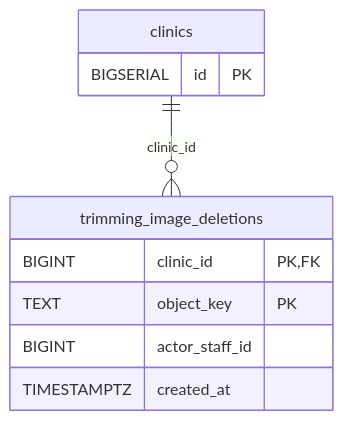
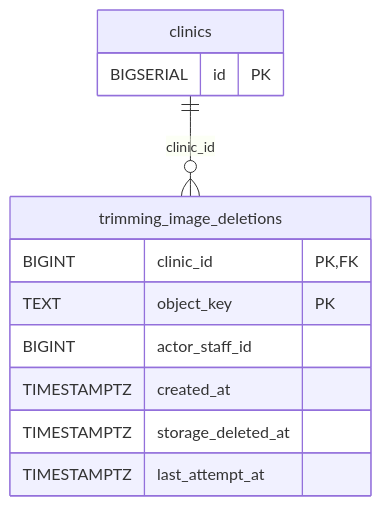
One commit to MinoruSoga/AnimalEkarte changed the diagram in docs/architecture/erd-detail/trimming_image_deletions.md. Above: the diagram before and after it, drawn with Mermaid. The commit also changed other lines of this file and 17 other files, not shown here.

````diff
--- a/docs/architecture/erd-detail/trimming_image_deletions.md
+++ b/docs/architecture/erd-detail/trimming_image_deletions.md
@@ -27,13 +29,15 @@
 ```mermaid
 erDiagram
     trimming_image_deletions {
         BIGINT clinic_id PK,FK
         TEXT object_key PK
         BIGINT actor_staff_id
         TIMESTAMPTZ created_at
+        TIMESTAMPTZ storage_deleted_at
+        TIMESTAMPTZ last_attempt_at
     }
     clinics {
         BIGSERIAL id PK
     }
     clinics ||--o{ trimming_image_deletions : "clinic_id"
 ```
````
